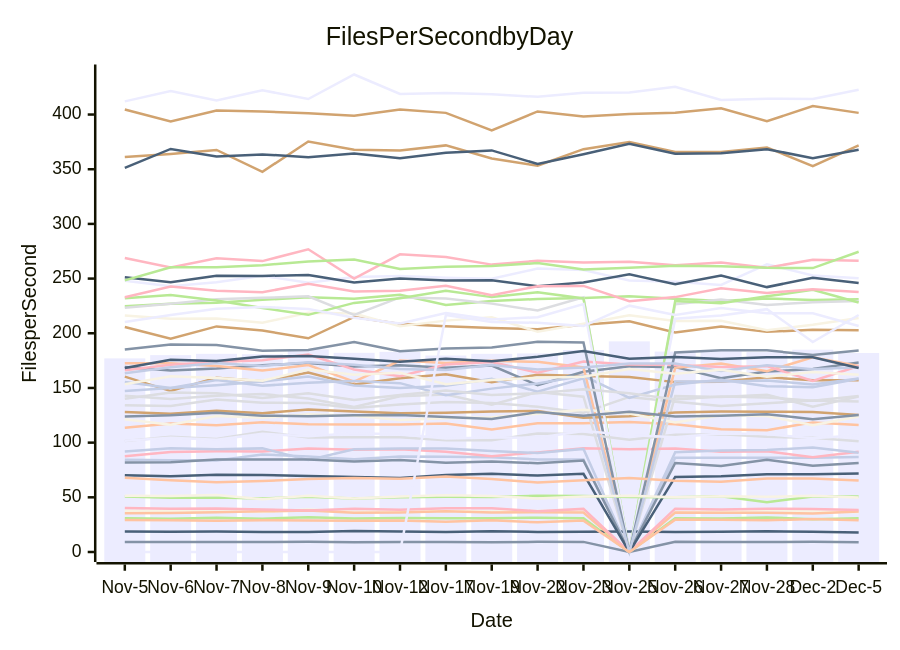
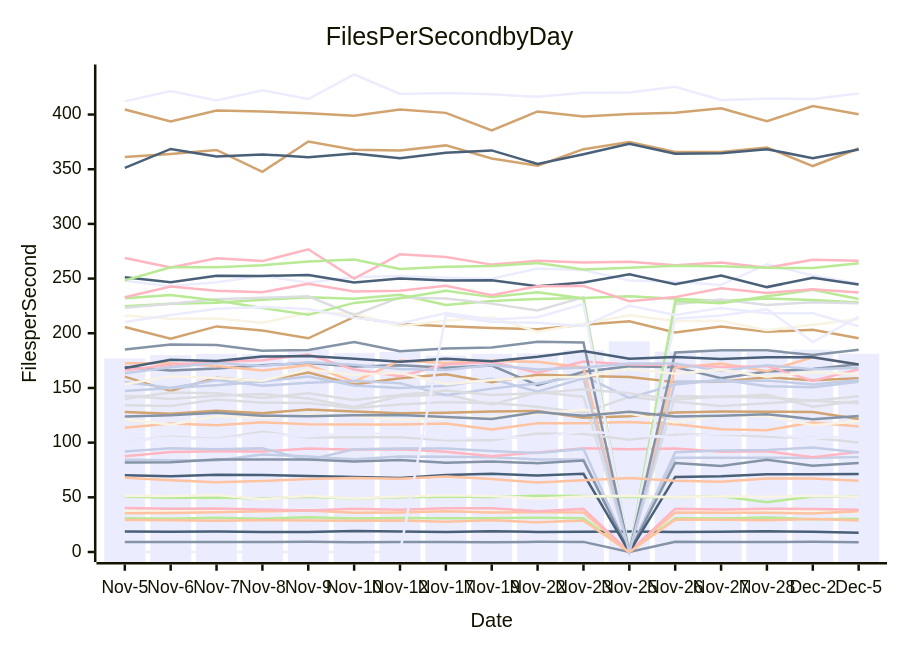
The diagram in perf-report.md (streetsidesoftware/cspell), drawn with Mermaid before and after one commit. The commit also changed other lines of this file and 1 other file, not shown here.

````diff
--- a/perf-report.md
+++ b/perf-report.md
@@ -10,57 +10,57 @@
 ```mermaid
 xychart-beta
     title Files Per Second by Day
     y-axis Files per Second
     x-axis Date [Nov-5, Nov-6, Nov-7, Nov-8, Nov-9, Nov-10, Nov-12, Nov-17, Nov-19, Nov-22, Nov-23, Nov-25, Nov-26, Nov-27, Nov-28, Dec-2, Dec-5]
-    bar [177.03, 180.02, 181.19, 180.85, 185.26, 182.11, 183.02, 179.67, 181.22, 181.55, 184.70, 192.57, 183.27, 184.75, 182.79, 184.99, 181.95]
-    line [9.14, 9.20, 9.09, 9.19, 9.27, 8.92, 9.14, 9.18, 8.84, 9.32, 9.24, 0.00, 9.27, 9.05, 9.13, 9.38, 8.83]
-    line [113.51, 117.50, 115.81, 118.63, 116.72, 116.49, 116.48, 117.45, 112.12, 117.70, 117.75, 118.80, 116.72, 112.25, 111.37, 118.51, 116.19]
-    line [142.76, 139.88, 142.79, 144.44, 140.29, 132.61, 142.45, 144.07, 134.61, 146.19, 141.96, 0.00, 142.52, 141.79, 143.85, 132.83, 142.13]
-    line [30.80, 30.49, 31.24, 30.45, 31.85, 30.57, 31.13, 30.89, 30.94, 31.34, 30.76, 0.00, 30.81, 30.58, 31.64, 29.90, 30.79]
-    line [160.31, 147.15, 159.42, 156.12, 164.10, 153.25, 158.83, 162.50, 155.26, 161.99, 161.00, 160.02, 155.33, 155.60, 159.85, 157.03, 157.13]
-    line [84.45, 83.88, 83.68, 89.12, 87.30, 84.78, 87.41, 87.06, 86.68, 84.68, 84.66, 0.00, 86.16, 86.09, 86.12, 86.10, 86.97]
-    line [87.65, 91.37, 92.01, 91.93, 94.57, 93.46, 93.94, 91.73, 87.45, 91.05, 94.79, 93.97, 94.67, 91.62, 92.04, 86.62, 91.58]
-    line [18.76, 18.55, 18.73, 18.36, 18.35, 19.12, 18.64, 18.32, 18.95, 18.34, 18.44, 18.84, 18.37, 18.41, 18.93, 18.48, 17.89]
-    line [37.67, 37.57, 37.08, 36.63, 38.88, 36.70, 37.54, 37.45, 37.05, 37.59, 38.10, 0.00, 36.55, 37.13, 38.36, 37.28, 36.33]
-    line [248.00, 243.11, 246.73, 252.50, 246.24, 251.54, 252.31, 250.79, 249.89, 259.20, 257.89, 248.21, 247.03, 244.22, 263.12, 252.89, 250.27]
-    line [169.20, 166.04, 167.77, 170.78, 172.83, 169.54, 170.69, 168.51, 170.43, 152.49, 164.76, 169.85, 169.02, 158.91, 164.95, 167.24, 173.37]
-    line [35.49, 35.63, 36.38, 37.15, 37.84, 35.87, 36.08, 37.20, 36.20, 36.44, 36.12, 0.00, 36.09, 35.82, 35.94, 35.10, 37.12]
-    line [134.26, 133.45, 139.44, 136.40, 136.32, 131.65, 134.94, 137.19, 136.33, 132.82, 127.42, 141.81, 137.38, 133.61, 136.04, 138.47, 137.51]
-    line [224.62, 227.06, 227.82, 230.59, 232.99, 231.54, 235.20, 225.87, 229.42, 231.39, 232.22, 233.95, 231.55, 229.52, 231.73, 230.37, 231.01]
-    line [205.70, 195.00, 206.27, 202.50, 195.41, 214.93, 208.44, 206.40, 204.90, 203.63, 207.69, 210.97, 200.63, 206.29, 201.28, 203.16, 202.74]
-    line [91.82, 94.84, 93.87, 94.75, 84.15, 93.85, 94.70, 94.62, 92.44, 90.51, 94.24, 0.00, 91.28, 92.74, 93.28, 95.50, 90.72]
-    line [40.28, 39.64, 39.74, 38.81, 37.90, 39.54, 38.73, 39.95, 40.00, 37.29, 39.41, 0.00, 39.61, 38.93, 39.59, 39.21, 38.34]
-    line [251.21, 246.70, 252.56, 252.48, 253.34, 246.50, 250.04, 248.32, 248.40, 243.10, 246.46, 253.84, 244.86, 252.77, 242.22, 250.75, 245.95]
-    line [216.14, 213.21, 213.46, 209.61, 218.80, 218.08, 206.42, 211.56, 214.70, 201.32, 208.63, 216.56, 211.21, 211.52, 202.80, 207.87, 213.95]
-    line [412.03, 421.51, 412.86, 422.15, 414.20, 436.61, 418.89, 419.72, 418.60, 416.16, 419.91, 420.14, 425.45, 413.25, 414.49, 414.13, 422.65]
-    line [81.93, 82.15, 84.55, 84.56, 84.50, 82.79, 84.08, 81.67, 82.81, 81.19, 83.62, 0.00, 81.43, 78.64, 84.26, 78.88, 81.38]
-    line [172.53, 172.53, 170.03, 165.93, 170.87, 155.75, 175.08, 172.86, 174.82, 173.87, 168.75, 0.00, 168.42, 172.41, 165.34, 178.00, 170.18]
-    line [223.41, 226.89, 231.20, 232.42, 233.76, 216.82, 232.75, 231.73, 227.11, 220.77, 232.83, 0.00, 226.61, 230.78, 225.94, 228.40, 229.48]
-    line [231.98, 234.98, 230.05, 223.17, 216.85, 227.77, 231.99, 238.91, 233.06, 237.44, 231.81, 0.00, 229.54, 227.35, 233.78, 239.72, 228.18]
-    line [128.10, 126.48, 129.06, 126.84, 130.40, 128.50, 126.86, 127.39, 128.53, 129.02, 122.85, 124.15, 127.61, 128.38, 128.27, 127.96, 125.27]
-    line [155.38, 149.97, 157.16, 151.98, 154.79, 156.47, 154.38, 143.43, 149.38, 154.11, 161.15, 140.96, 153.09, 157.58, 151.62, 150.61, 158.39]
-    line [166.28, 171.14, 173.72, 175.33, 180.56, 166.86, 160.67, 171.35, 173.67, 163.99, 174.13, 171.44, 171.10, 169.17, 169.92, 156.42, 170.05]
-    line [70.12, 69.24, 70.59, 70.35, 69.51, 68.69, 67.71, 70.32, 71.50, 69.84, 71.46, 0.00, 68.63, 69.18, 70.98, 71.07, 71.67]
-    line [121.32, 116.47, 124.25, 122.72, 125.93, 124.62, 120.74, 122.33, 123.30, 126.42, 130.12, 126.69, 118.47, 125.05, 124.39, 115.88, 123.86]
-    line [210.23, 216.75, 222.44, 224.03, 222.14, 214.23, 209.04, 218.60, 212.59, 214.66, 226.79, 0.00, 213.37, 216.21, 222.03, 191.91, 216.70]
-    line [185.17, 189.74, 189.19, 183.94, 184.74, 191.91, 183.56, 186.00, 187.01, 192.19, 191.67, 0.00, 182.52, 184.50, 184.37, 180.13, 184.20]
-    line [67.86, 65.51, 63.67, 64.87, 66.76, 67.56, 66.97, 68.98, 66.79, 63.49, 65.54, 67.63, 65.16, 64.17, 67.20, 67.10, 65.45]
-    line [101.54, 105.44, 103.31, 109.90, 104.67, 104.85, 104.85, 102.15, 102.24, 108.41, 107.84, 102.72, 107.24, 107.62, 105.35, 104.37, 101.33]
-    line [50.81, 49.63, 49.77, 48.97, 50.50, 48.94, 50.11, 50.42, 50.32, 51.47, 51.26, 50.21, 50.12, 50.94, 45.60, 50.75, 50.68]
-    line [361.14, 363.96, 367.65, 347.60, 375.37, 367.87, 367.07, 371.79, 359.89, 353.22, 368.32, 374.93, 365.77, 365.67, 369.95, 352.91, 371.87]
-    line [147.11, 149.93, 152.49, 155.90, 160.36, 152.28, 150.06, 152.05, 158.28, 146.52, 158.85, 0.00, 155.81, 155.95, 156.73, 153.23, 158.55]
-    line [268.91, 260.25, 268.67, 265.98, 276.77, 250.02, 272.22, 269.63, 262.78, 266.27, 264.63, 265.39, 262.12, 264.70, 259.96, 267.12, 266.27]
-    line [351.23, 368.55, 361.63, 363.56, 361.00, 364.43, 360.15, 365.05, 367.22, 354.80, 363.64, 373.17, 364.09, 364.55, 368.33, 360.08, 367.89]
-    line [51.37, 51.10, 52.20, 48.34, 51.40, 48.84, 50.71, 51.87, 51.27, 48.95, 50.74, 51.36, 50.08, 50.94, 50.51, 51.36, 49.87]
-    line [101.63, 104.36, 102.75, 108.04, 105.75, 108.53, 107.61, 103.87, 104.59, 104.39, 110.58, 106.99, 105.01, 108.35, 107.81, 104.02, 106.75]
-    line [123.91, 124.93, 127.28, 124.63, 124.24, 125.03, 125.24, 123.48, 121.57, 127.94, 124.68, 128.18, 123.81, 124.58, 126.05, 121.44, 125.33]
-    line [29.34, 29.13, 28.68, 28.99, 28.78, 28.56, 28.81, 27.61, 29.00, 27.12, 28.69, 0.00, 29.62, 29.42, 28.97, 30.07, 28.93]
-    line [140.08, 145.92, 145.09, 140.71, 145.23, 139.03, 143.66, 147.67, 143.64, 145.07, 148.78, 145.20, 139.52, 142.17, 141.34, 138.40, 142.58]
-    line [248.33, 260.33, 260.40, 262.23, 265.71, 267.34, 258.77, 260.78, 261.46, 264.14, 258.29, 259.88, 261.65, 261.27, 259.85, 259.59, 274.49]
-    line [404.53, 393.69, 403.73, 402.78, 401.18, 398.88, 404.51, 401.52, 385.51, 402.83, 398.10, 400.47, 401.59, 405.72, 393.85, 407.78, 401.51]
-    line [163.50, 168.96, 172.75, 170.15, 173.41, 171.14, 167.37, 166.50, 171.04, 166.81, 168.79, 172.43, 172.30, 165.40, 170.85, 167.09, 168.85]
-    line [232.97, 242.75, 238.83, 237.46, 245.31, 238.15, 238.92, 243.36, 234.75, 243.01, 243.28, 229.25, 233.06, 241.24, 236.91, 240.36, 237.72]
-    line [168.22, 175.85, 174.73, 178.68, 179.16, 176.80, 173.86, 176.80, 174.52, 178.44, 183.84, 176.75, 178.41, 176.49, 178.04, 178.10, 168.16]
-    line [153.47, 160.59, 159.17, 156.54, 166.82, 162.10, 163.95, 153.46, 157.33, 159.29, 160.15, 167.27, 163.00, 166.53, 160.28, 164.60, 162.18]
-    line [0.00, 0.00, 0.00, 0.00, 0.00, 0.00, 0.00, 216.65, 210.39, 209.57, 206.62, 225.23, 216.74, 223.01, 218.30, 218.24, 206.70]
+    bar [177.03, 180.02, 181.19, 180.85, 185.26, 182.11, 183.02, 179.67, 181.22, 181.55, 184.70, 192.57, 183.27, 184.75, 182.79, 184.99, 181.31]
+    line [9.14, 9.20, 9.09, 9.19, 9.27, 8.92, 9.14, 9.18, 8.84, 9.32, 9.24, 0.00, 9.27, 9.05, 9.13, 9.38, 8.81]
+    line [113.51, 117.50, 115.81, 118.63, 116.72, 116.49, 116.48, 117.45, 112.12, 117.70, 117.75, 118.80, 116.72, 112.25, 111.37, 118.51, 114.74]
+    line [142.76, 139.88, 142.79, 144.44, 140.29, 132.61, 142.45, 144.07, 134.61, 146.19, 141.96, 0.00, 142.52, 141.79, 143.85, 132.83, 138.06]
+    line [30.80, 30.49, 31.24, 30.45, 31.85, 30.57, 31.13, 30.89, 30.94, 31.34, 30.76, 0.00, 30.81, 30.58, 31.64, 29.90, 30.37]
+    line [160.31, 147.15, 159.42, 156.12, 164.10, 153.25, 158.83, 162.50, 155.26, 161.99, 161.00, 160.02, 155.33, 155.60, 159.85, 157.03, 158.93]
+    line [84.45, 83.88, 83.68, 89.12, 87.30, 84.78, 87.41, 87.06, 86.68, 84.68, 84.66, 0.00, 86.16, 86.09, 86.12, 86.10, 86.75]
+    line [87.65, 91.37, 92.01, 91.93, 94.57, 93.46, 93.94, 91.73, 87.45, 91.05, 94.79, 93.97, 94.67, 91.62, 92.04, 86.62, 91.55]
+    line [18.76, 18.55, 18.73, 18.36, 18.35, 19.12, 18.64, 18.32, 18.95, 18.34, 18.44, 18.84, 18.37, 18.41, 18.93, 18.48, 17.68]
+    line [37.67, 37.57, 37.08, 36.63, 38.88, 36.70, 37.54, 37.45, 37.05, 37.59, 38.10, 0.00, 36.55, 37.13, 38.36, 37.28, 35.92]
+    line [248.00, 243.11, 246.73, 252.50, 246.24, 251.54, 252.31, 250.79, 249.89, 259.20, 257.89, 248.21, 247.03, 244.22, 263.12, 252.89, 245.49]
+    line [169.20, 166.04, 167.77, 170.78, 172.83, 169.54, 170.69, 168.51, 170.43, 152.49, 164.76, 169.85, 169.02, 158.91, 164.95, 167.24, 171.73]
+    line [35.49, 35.63, 36.38, 37.15, 37.84, 35.87, 36.08, 37.20, 36.20, 36.44, 36.12, 0.00, 36.09, 35.82, 35.94, 35.10, 37.17]
+    line [134.26, 133.45, 139.44, 136.40, 136.32, 131.65, 134.94, 137.19, 136.33, 132.82, 127.42, 141.81, 137.38, 133.61, 136.04, 138.47, 136.12]
+    line [224.62, 227.06, 227.82, 230.59, 232.99, 231.54, 235.20, 225.87, 229.42, 231.39, 232.22, 233.95, 231.55, 229.52, 231.73, 230.37, 228.21]
+    line [205.70, 195.00, 206.27, 202.50, 195.41, 214.93, 208.44, 206.40, 204.90, 203.63, 207.69, 210.97, 200.63, 206.29, 201.28, 203.16, 195.54]
+    line [91.82, 94.84, 93.87, 94.75, 84.15, 93.85, 94.70, 94.62, 92.44, 90.51, 94.24, 0.00, 91.28, 92.74, 93.28, 95.50, 91.02]
+    line [40.28, 39.64, 39.74, 38.81, 37.90, 39.54, 38.73, 39.95, 40.00, 37.29, 39.41, 0.00, 39.61, 38.93, 39.59, 39.21, 38.72]
+    line [251.21, 246.70, 252.56, 252.48, 253.34, 246.50, 250.04, 248.32, 248.40, 243.10, 246.46, 253.84, 244.86, 252.77, 242.22, 250.75, 244.58]
+    line [216.14, 213.21, 213.46, 209.61, 218.80, 218.08, 206.42, 211.56, 214.70, 201.32, 208.63, 216.56, 211.21, 211.52, 202.80, 207.87, 213.05]
+    line [412.03, 421.51, 412.86, 422.15, 414.20, 436.61, 418.89, 419.72, 418.60, 416.16, 419.91, 420.14, 425.45, 413.25, 414.49, 414.13, 419.19]
+    line [81.93, 82.15, 84.55, 84.56, 84.50, 82.79, 84.08, 81.67, 82.81, 81.19, 83.62, 0.00, 81.43, 78.64, 84.26, 78.88, 81.36]
+    line [172.53, 172.53, 170.03, 165.93, 170.87, 155.75, 175.08, 172.86, 174.82, 173.87, 168.75, 0.00, 168.42, 172.41, 165.34, 178.00, 171.47]
+    line [223.41, 226.89, 231.20, 232.42, 233.76, 216.82, 232.75, 231.73, 227.11, 220.77, 232.83, 0.00, 226.61, 230.78, 225.94, 228.40, 227.43]
+    line [231.98, 234.98, 230.05, 223.17, 216.85, 227.77, 231.99, 238.91, 233.06, 237.44, 231.81, 0.00, 229.54, 227.35, 233.78, 239.72, 231.30]
+    line [128.10, 126.48, 129.06, 126.84, 130.40, 128.50, 126.86, 127.39, 128.53, 129.02, 122.85, 124.15, 127.61, 128.38, 128.27, 127.96, 121.68]
+    line [155.38, 149.97, 157.16, 151.98, 154.79, 156.47, 154.38, 143.43, 149.38, 154.11, 161.15, 140.96, 153.09, 157.58, 151.62, 150.61, 155.72]
+    line [166.28, 171.14, 173.72, 175.33, 180.56, 166.86, 160.67, 171.35, 173.67, 163.99, 174.13, 171.44, 171.10, 169.17, 169.92, 156.42, 167.11]
+    line [70.12, 69.24, 70.59, 70.35, 69.51, 68.69, 67.71, 70.32, 71.50, 69.84, 71.46, 0.00, 68.63, 69.18, 70.98, 71.07, 71.38]
+    line [121.32, 116.47, 124.25, 122.72, 125.93, 124.62, 120.74, 122.33, 123.30, 126.42, 130.12, 126.69, 118.47, 125.05, 124.39, 115.88, 119.62]
+    line [210.23, 216.75, 222.44, 224.03, 222.14, 214.23, 209.04, 218.60, 212.59, 214.66, 226.79, 0.00, 213.37, 216.21, 222.03, 191.91, 215.13]
+    line [185.17, 189.74, 189.19, 183.94, 184.74, 191.91, 183.56, 186.00, 187.01, 192.19, 191.67, 0.00, 182.52, 184.50, 184.37, 180.13, 184.95]
+    line [67.86, 65.51, 63.67, 64.87, 66.76, 67.56, 66.97, 68.98, 66.79, 63.49, 65.54, 67.63, 65.16, 64.17, 67.20, 67.10, 65.08]
+    line [101.54, 105.44, 103.31, 109.90, 104.67, 104.85, 104.85, 102.15, 102.24, 108.41, 107.84, 102.72, 107.24, 107.62, 105.35, 104.37, 100.06]
+    line [50.81, 49.63, 49.77, 48.97, 50.50, 48.94, 50.11, 50.42, 50.32, 51.47, 51.26, 50.21, 50.12, 50.94, 45.60, 50.75, 50.66]
+    line [361.14, 363.96, 367.65, 347.60, 375.37, 367.87, 367.07, 371.79, 359.89, 353.22, 368.32, 374.93, 365.77, 365.67, 369.95, 352.91, 368.92]
+    line [147.11, 149.93, 152.49, 155.90, 160.36, 152.28, 150.06, 152.05, 158.28, 146.52, 158.85, 0.00, 155.81, 155.95, 156.73, 153.23, 157.18]
+    line [268.91, 260.25, 268.67, 265.98, 276.77, 250.02, 272.22, 269.63, 262.78, 266.27, 264.63, 265.39, 262.12, 264.70, 259.96, 267.12, 266.25]
+    line [351.23, 368.55, 361.63, 363.56, 361.00, 364.43, 360.15, 365.05, 367.22, 354.80, 363.64, 373.17, 364.09, 364.55, 368.33, 360.08, 368.12]
+    line [51.37, 51.10, 52.20, 48.34, 51.40, 48.84, 50.71, 51.87, 51.27, 48.95, 50.74, 51.36, 50.08, 50.94, 50.51, 51.36, 50.52]
+    line [101.63, 104.36, 102.75, 108.04, 105.75, 108.53, 107.61, 103.87, 104.59, 104.39, 110.58, 106.99, 105.01, 108.35, 107.81, 104.02, 106.23]
+    line [123.91, 124.93, 127.28, 124.63, 124.24, 125.03, 125.24, 123.48, 121.57, 127.94, 124.68, 128.18, 123.81, 124.58, 126.05, 121.44, 124.28]
+    line [29.34, 29.13, 28.68, 28.99, 28.78, 28.56, 28.81, 27.61, 29.00, 27.12, 28.69, 0.00, 29.62, 29.42, 28.97, 30.07, 28.79]
+    line [140.08, 145.92, 145.09, 140.71, 145.23, 139.03, 143.66, 147.67, 143.64, 145.07, 148.78, 145.20, 139.52, 142.17, 141.34, 138.40, 142.33]
+    line [248.33, 260.33, 260.40, 262.23, 265.71, 267.34, 258.77, 260.78, 261.46, 264.14, 258.29, 259.88, 261.65, 261.27, 259.85, 259.59, 264.02]
+    line [404.53, 393.69, 403.73, 402.78, 401.18, 398.88, 404.51, 401.52, 385.51, 402.83, 398.10, 400.47, 401.59, 405.72, 393.85, 407.78, 400.20]
+    line [163.50, 168.96, 172.75, 170.15, 173.41, 171.14, 167.37, 166.50, 171.04, 166.81, 168.79, 172.43, 172.30, 165.40, 170.85, 167.09, 168.44]
+    line [232.97, 242.75, 238.83, 237.46, 245.31, 238.15, 238.92, 243.36, 234.75, 243.01, 243.28, 229.25, 233.06, 241.24, 236.91, 240.36, 237.18]
+    line [168.22, 175.85, 174.73, 178.68, 179.16, 176.80, 173.86, 176.80, 174.52, 178.44, 183.84, 176.75, 178.41, 176.49, 178.04, 178.10, 171.41]
+    line [153.47, 160.59, 159.17, 156.54, 166.82, 162.10, 163.95, 153.46, 157.33, 159.29, 160.15, 167.27, 163.00, 166.53, 160.28, 164.60, 162.51]
+    line [0.00, 0.00, 0.00, 0.00, 0.00, 0.00, 0.00, 216.65, 210.39, 209.57, 206.62, 225.23, 216.74, 223.01, 218.30, 218.24, 206.44]
 ```
````
